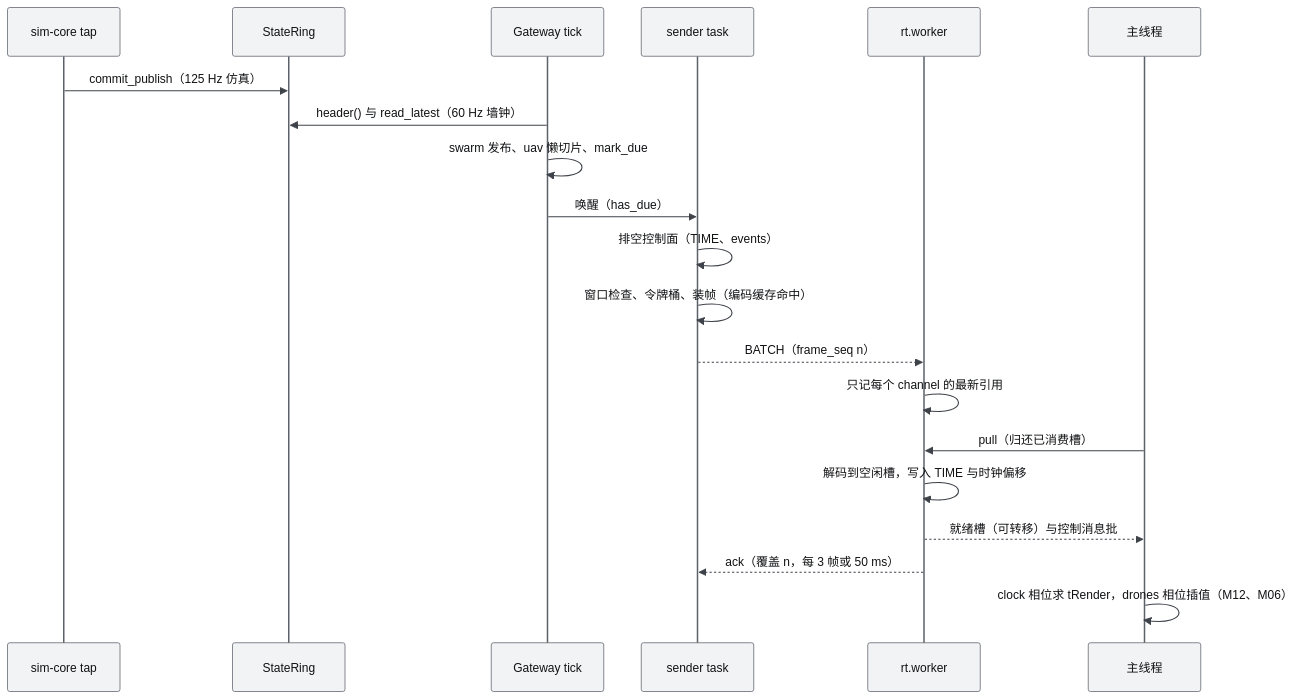
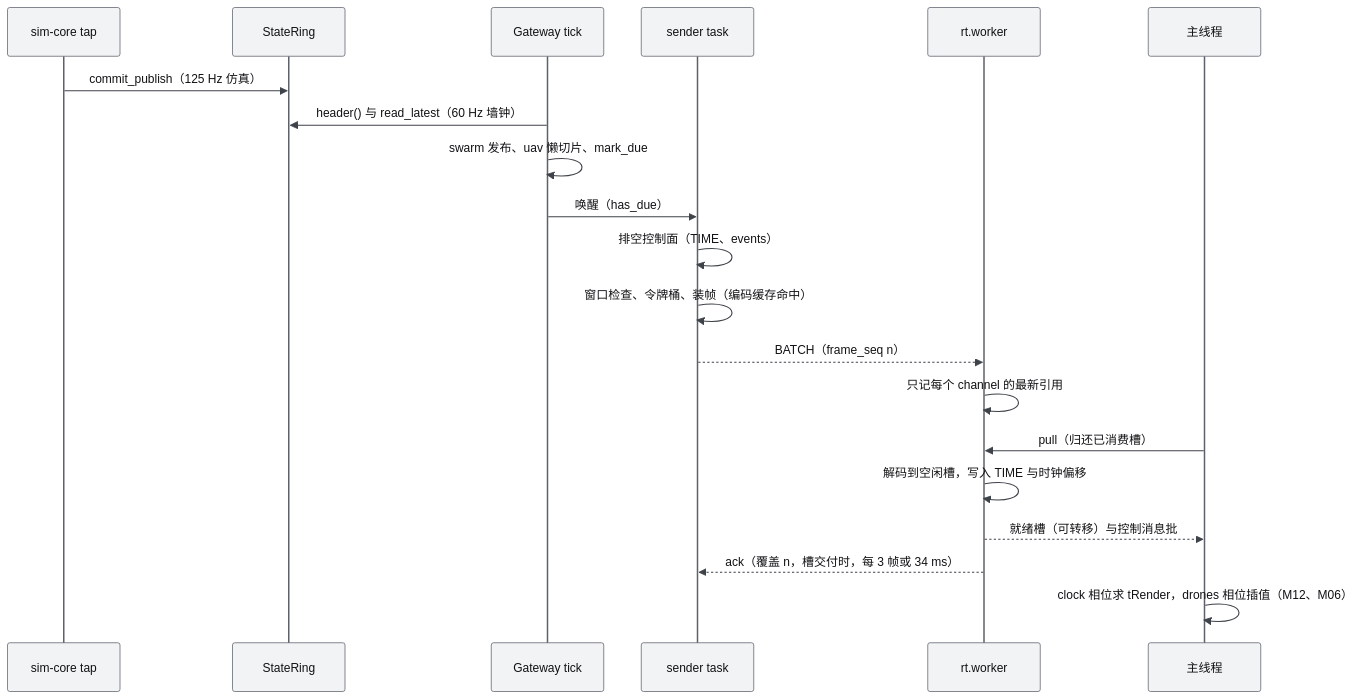
One commit to ANetResearch/ANet-Drone4D changed the seventh of 11 diagrams in docs/modules/M11-实时网关PRD.md. Above: the diagram before and after it, drawn with Mermaid. The commit also changed other lines of this file and 24 other files, not shown here.

````diff
--- a/docs/modules/M11-实时网关PRD.md
+++ b/docs/modules/M11-实时网关PRD.md
@@ -1467,23 +1470,23 @@
 ```mermaid
 %%{init: {"theme": "base", "themeVariables": {"fontFamily": "Inter, PingFang SC, Microsoft YaHei, Noto Sans CJK SC, sans-serif", "fontSize": "13px", "background": "#FBFBFC", "primaryColor": "#F2F3F5", "primaryTextColor": "#111214", "primaryBorderColor": "#5C616A", "secondaryColor": "#E4E6E9", "tertiaryColor": "#FBFBFC", "lineColor": "#5C616A", "textColor": "#111214", "mainBkg": "#F2F3F5", "nodeBorder": "#5C616A", "clusterBkg": "#FBFBFC", "clusterBorder": "#A7ABB3", "edgeLabelBackground": "#FBFBFC", "noteBkgColor": "#E4E6E9", "noteTextColor": "#111214", "noteBorderColor": "#81868F", "actorBkg": "#F2F3F5", "actorBorder": "#5C616A", "actorTextColor": "#111214", "signalColor": "#3E4249", "signalTextColor": "#111214", "activationBkgColor": "#E4E6E9", "activationBorderColor": "#5C616A", "sequenceNumberColor": "#FBFBFC"}}}%%
 sequenceDiagram
   participant TAP as sim-core tap
   participant RING as StateRing
   participant TCK as Gateway tick
   participant SND as sender task
   participant WK as rt.worker
   participant MAIN as 主线程
   TAP->>RING: commit_publish（125 Hz 仿真）
   TCK->>RING: header() 与 read_latest（60 Hz 墙钟）
   TCK->>TCK: swarm 发布、uav 懒切片、mark_due
   TCK->>SND: 唤醒（has_due）
   SND->>SND: 排空控制面（TIME、events）
   SND->>SND: 窗口检查、令牌桶、装帧（编码缓存命中）
   SND-->>WK: BATCH（frame_seq n）
   WK->>WK: 只记每个 channel 的最新引用
   MAIN->>WK: pull（归还已消费槽）
   WK->>WK: 解码到空闲槽，写入 TIME 与时钟偏移
   WK-->>MAIN: 就绪槽（可转移）与控制消息批
-  WK-->>SND: ack（覆盖 n，每 3 帧或 50 ms）
+  WK-->>SND: ack（覆盖 n，槽交付时，每 3 帧或 34 ms）
   MAIN->>MAIN: clock 相位求 tRender，drones 相位插值（M12、M06）
 ```
````
